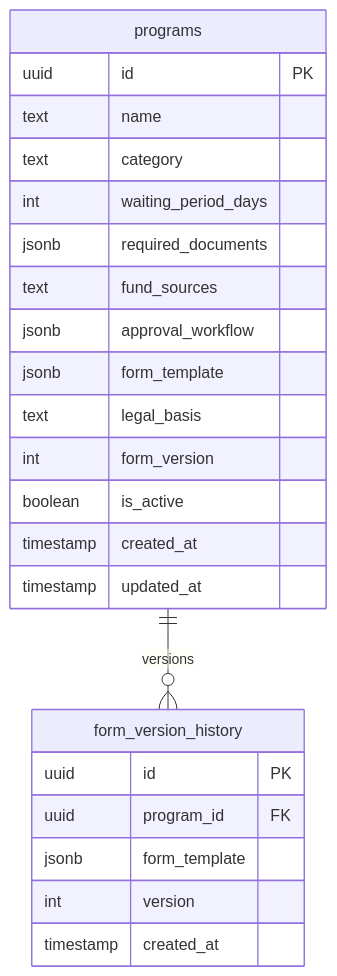
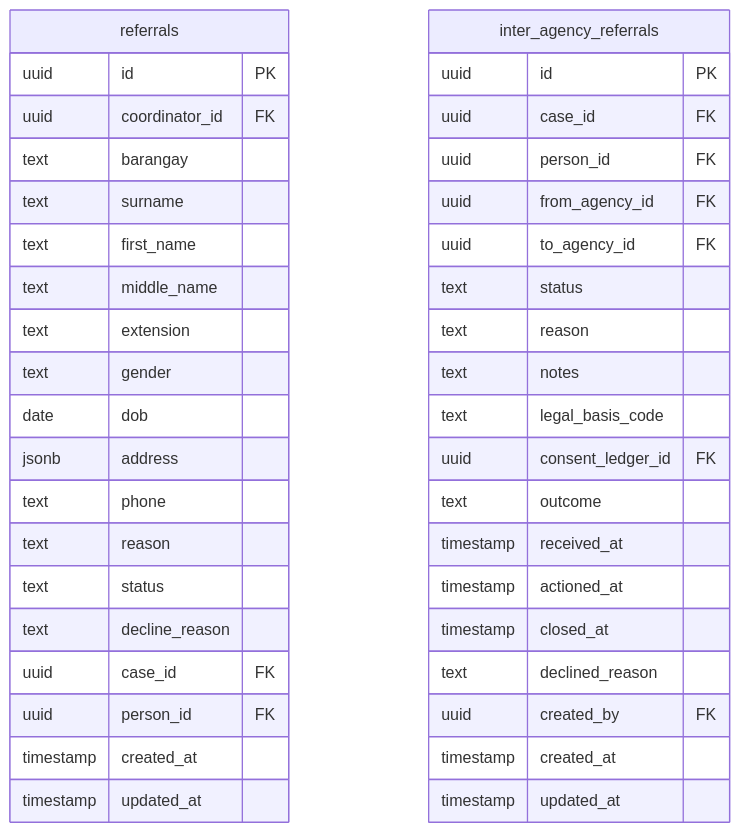
The fifth of 10 diagrams in docs/diagrams/06-erd.md (urlsalimbot/THESIS1-KAPWA), drawn with Mermaid before and after one commit. The commit also changed other lines of this file, not shown here.

First line of the commit message:
docs(erd): physical data model in Oracle Data Modeler notation

````diff
--- a/docs/diagrams/06-erd.md
+++ b/docs/diagrams/06-erd.md
@@ -270,26 +1192,45 @@
 ```mermaid
 erDiagram
-    programs {
+    "referrals" {
         uuid id PK
-        text name
-        text category
-        int waiting_period_days
-        jsonb required_documents
-        text fund_sources
-        jsonb approval_workflow
-        jsonb form_template
-        text legal_basis
-        int form_version
-        boolean is_active
+        uuid coordinator_id FK
+        text barangay
+        text surname
+        text first_name
+        text middle_name
+        text extension
+        text gender
+        date dob
+        jsonb address
+        text phone
+        text reason
+        text status
+        text decline_reason
+        uuid case_id FK
+        uuid person_id FK
         timestamp created_at
         timestamp updated_at
     }
-    form_version_history {
+
+    "inter_agency_referrals" {
         uuid id PK
-        uuid program_id FK
-        jsonb form_template
-        int version
+        uuid case_id FK
+        uuid person_id FK
+        uuid from_agency_id FK
+        uuid to_agency_id FK
+        text status
+        text reason
+        text notes
+        text legal_basis_code
+        uuid consent_ledger_id FK
+        text outcome
+        timestamp received_at
+        timestamp actioned_at
+        timestamp closed_at
+        text declined_reason
+        uuid created_by FK
         timestamp created_at
+        timestamp updated_at
     }
-    programs ||--o{ form_version_history : "versions"
+
 ```
````
